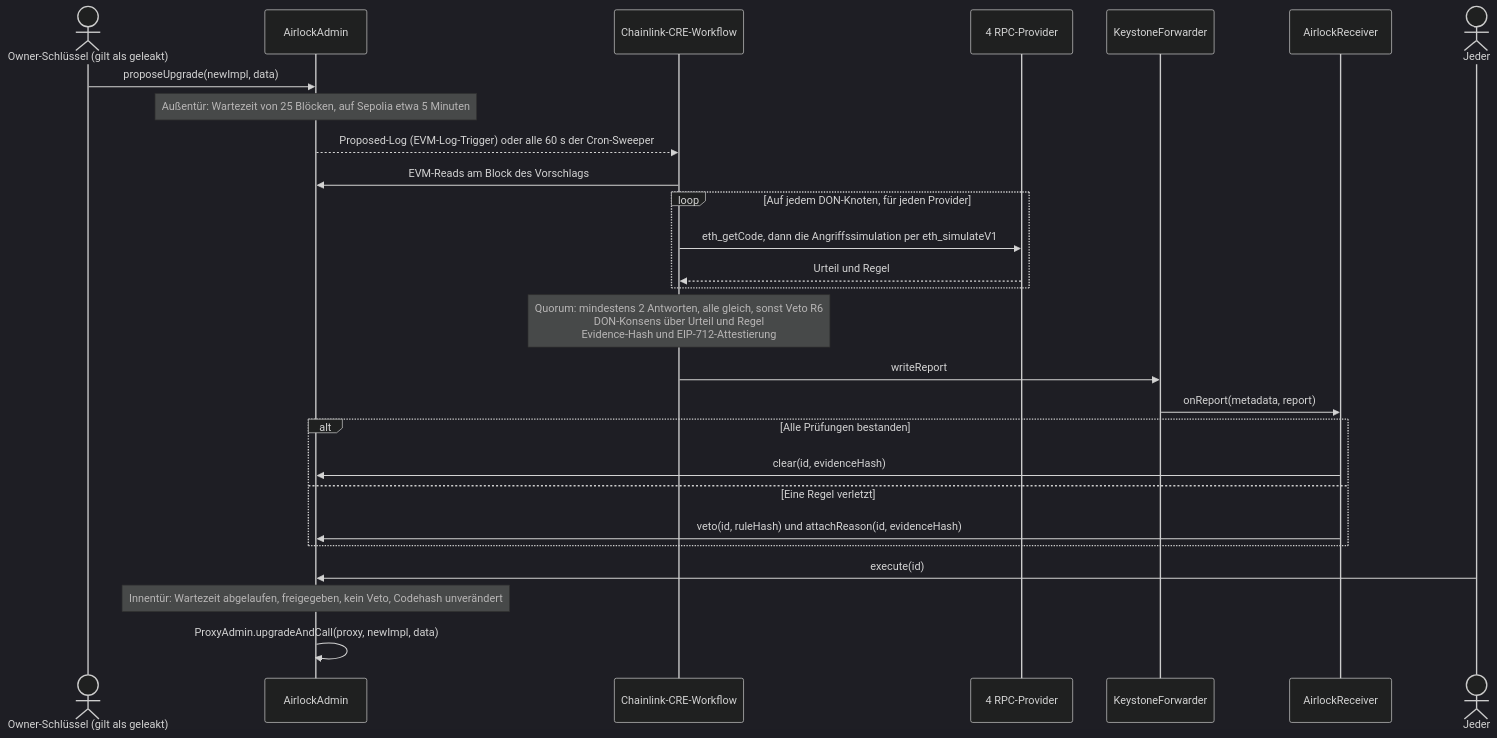
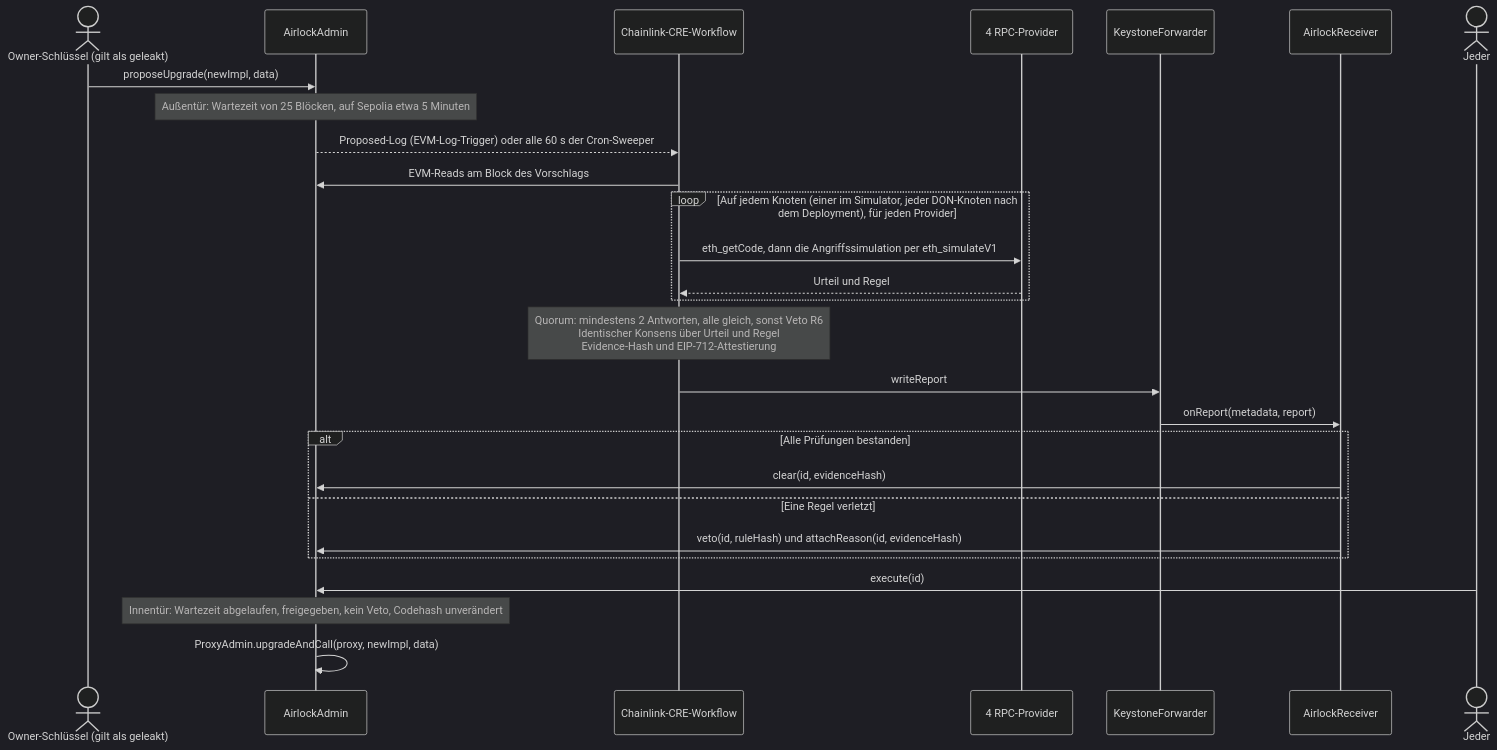
Before and after one commit to tedinroc/upgrade-airlock: the diagram in README.de.md, drawn with Mermaid (dark theme). The commit also changed other lines of this file and 37 other files, not shown here.

````diff
--- a/README.de.md
+++ b/README.de.md
@@ -85,30 +99,30 @@
 ```mermaid
 sequenceDiagram
     actor Owner as Owner-Schlüssel (gilt als geleakt)
     participant Admin as AirlockAdmin
     participant CRE as Chainlink-CRE-Workflow
     participant RPC as 4 RPC-Provider
     participant Fwd as KeystoneForwarder
     participant Recv as AirlockReceiver
     actor Anyone as Jeder
 
     Owner->>Admin: proposeUpgrade(newImpl, data)
     Note over Admin: Außentür: Wartezeit von 25 Blöcken, auf Sepolia etwa 5 Minuten
     Admin-->>CRE: Proposed-Log (EVM-Log-Trigger) oder alle 60 s der Cron-Sweeper
     CRE->>Admin: EVM-Reads am Block des Vorschlags
-    loop Auf jedem DON-Knoten, für jeden Provider
+    loop Auf jedem Knoten (einer im Simulator, jeder DON-Knoten nach dem Deployment), für jeden Provider
         CRE->>RPC: eth_getCode, dann die Angriffssimulation per eth_simulateV1
         RPC-->>CRE: Urteil und Regel
     end
-    Note over CRE: Quorum: mindestens 2 Antworten, alle gleich, sonst Veto R6<br/>DON-Konsens über Urteil und Regel<br/>Evidence-Hash und EIP-712-Attestierung
+    Note over CRE: Quorum: mindestens 2 Antworten, alle gleich, sonst Veto R6<br/>Identischer Konsens über Urteil und Regel<br/>Evidence-Hash und EIP-712-Attestierung
     CRE->>Fwd: writeReport
     Fwd->>Recv: onReport(metadata, report)
     alt Alle Prüfungen bestanden
         Recv->>Admin: clear(id, evidenceHash)
     else Eine Regel verletzt
         Recv->>Admin: veto(id, ruleHash) und attachReason(id, evidenceHash)
     end
     Anyone->>Admin: execute(id)
     Note over Admin: Innentür: Wartezeit abgelaufen, freigegeben, kein Veto, Codehash unverändert
     Admin->>Admin: ProxyAdmin.upgradeAndCall(proxy, newImpl, data)
 ```
````
